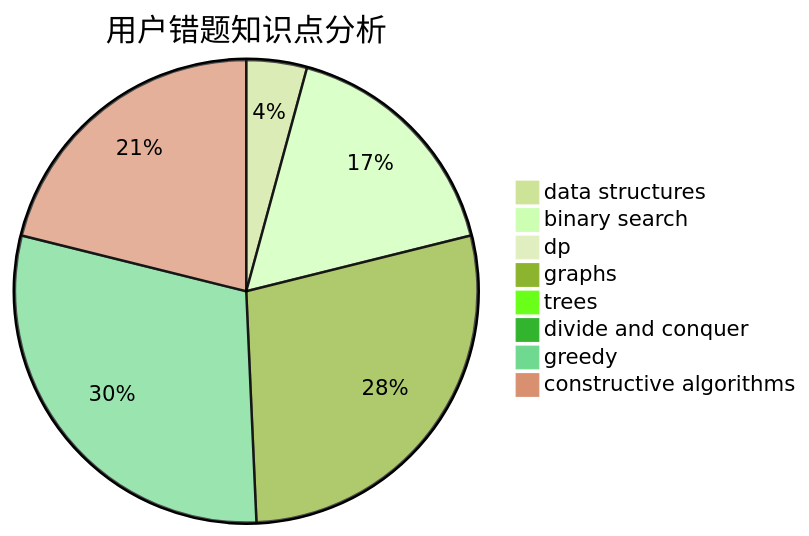
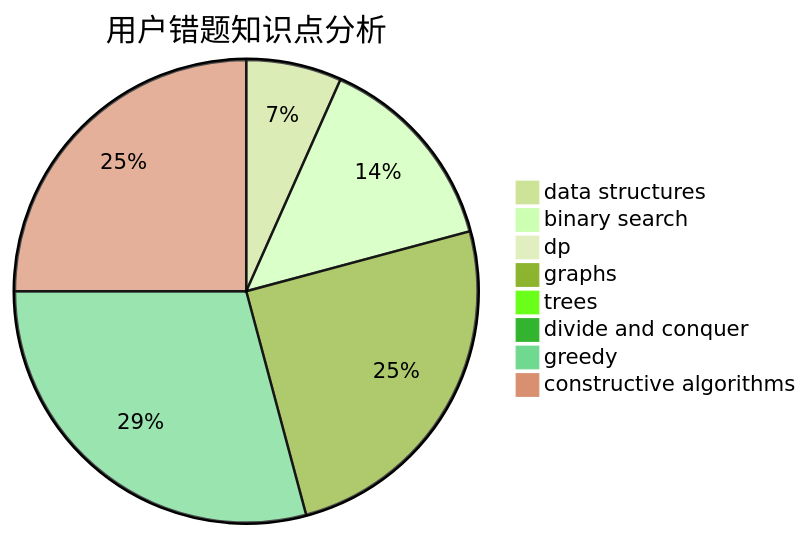
The third of 3 diagrams in docs/user/u2663.md (sherpahu/cfrs.github.io), drawn with Mermaid (forest theme) before and after one commit. The commit also changed other lines of this file and 2770 other files, not shown here.

````diff
--- a/docs/user/u2663.md
+++ b/docs/user/u2663.md
@@ -36,11 +36,11 @@
 ```mermaid
 pie title 用户错题知识点分析
-    "data structures" :  3
-    "binary search" :  12
+    "data structures" :  8
+    "binary search" :  17
     "dp" :  0
-    "graphs" :  20
+    "graphs" :  30
     "trees" :  0
     "divide and conquer" :  0
-    "greedy" :  21
-    "constructive algorithms" :  15
+    "greedy" :  35
+    "constructive algorithms" :  30
 ```
````
